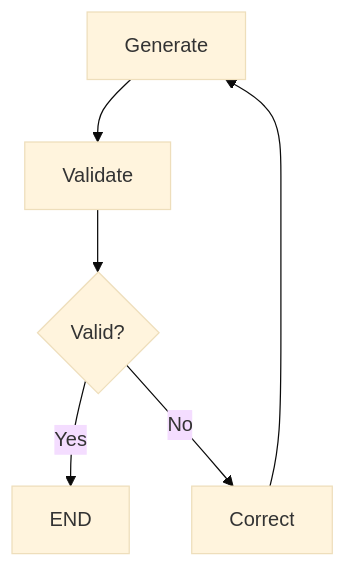
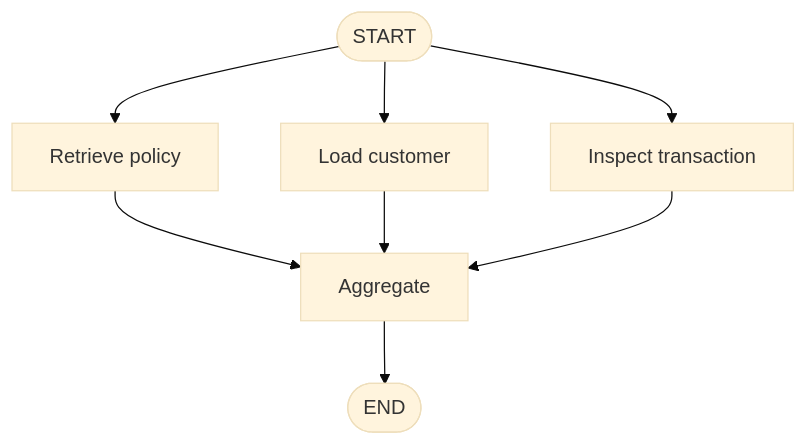
One commit to MihirKJha/enterprise-ai-engineering-handbook changed the third of 3 diagrams in docs/08-ai-engineering-frameworks/langgraph/20-langgraph-nodes-edges-and-routing.md. Above: the diagram before and after it, drawn with Mermaid (base theme). The commit also changed other lines of this file and 10 other files, not shown here.

````diff
--- a/docs/08-ai-engineering-frameworks/langgraph/20-langgraph-nodes-edges-and-routing.md
+++ b/docs/08-ai-engineering-frameworks/langgraph/20-langgraph-nodes-edges-and-routing.md
@@ -916,13 +243,10 @@
 ```mermaid
 flowchart TD
-
-    A[Generate] --> B[Validate]
-
-    B --> C{Valid?}
-
-    C -->|Yes| D[END]
-
-    C -->|No| E[Correct]
-
-    E --> A
+    A([START]) --> B[Retrieve policy]
+    A --> C[Load customer]
+    A --> D[Inspect transaction]
+    B --> E[Aggregate]
+    C --> E
+    D --> E
+    E --> F([END])
 ```
````
